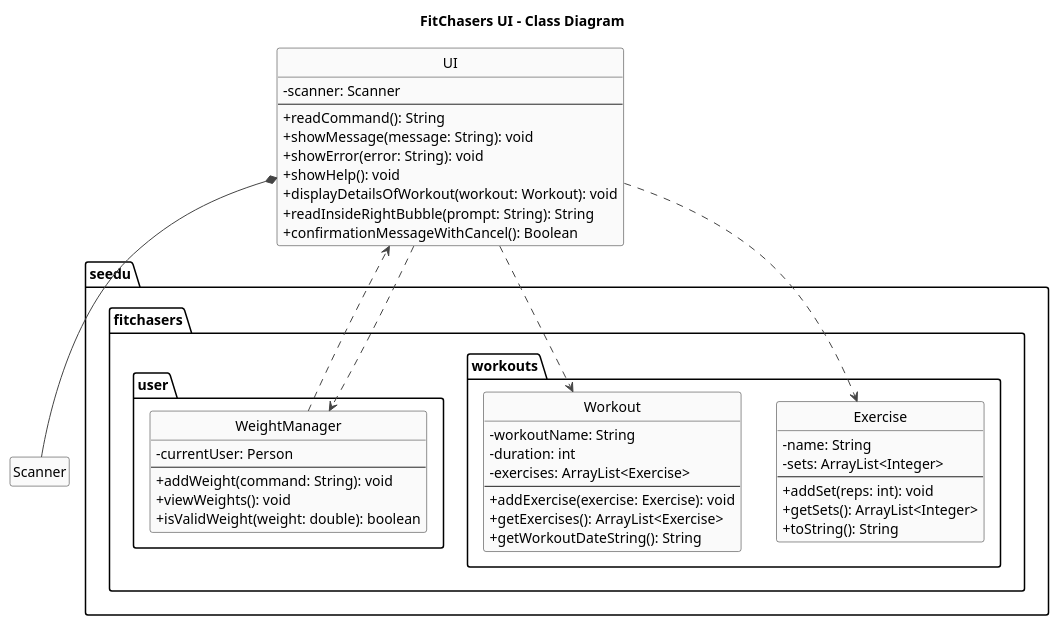
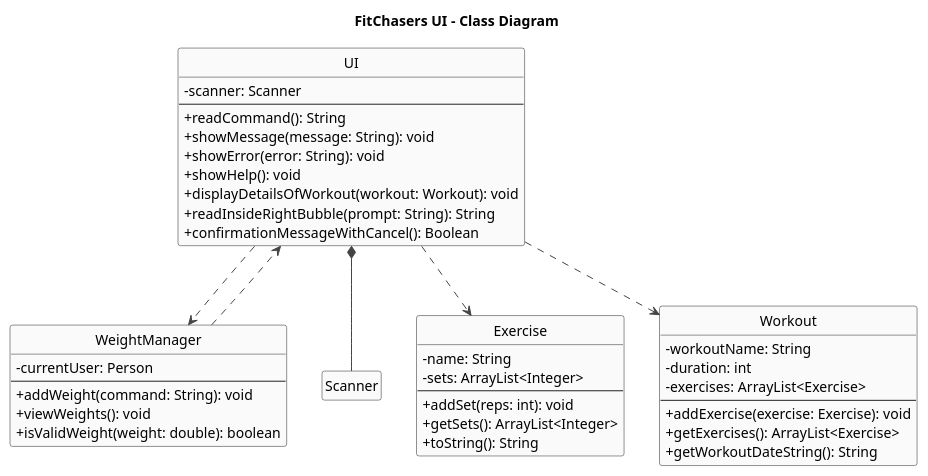
One commit to Exceptional-Khoi/tp changed the diagram in docs/diagrams/UI_class_diagram.puml. Above: the diagram before and after it, drawn with PlantUML. The commit also changed 15 other files, not shown here.

```diff
--- a/docs/diagrams/UI_class_diagram.puml
+++ b/docs/diagrams/UI_class_diagram.puml
@@ -1,70 +1,67 @@
 @startuml
 title FitChasers UI - Class Diagram
 
 skinparam shadowing false
 skinparam classAttributeIconSize 0
 skinparam ArrowColor #444
 skinparam ClassBorderColor #222
 skinparam ClassBackgroundColor #FAFAFA
 skinparam NoteBackgroundColor #fff
 skinparam NoteBorderColor #aaa
 skinparam stereotypeFontStyle bold
 hide empty fields
 hide empty methods
 hide circle
 
 ' ===== Types used by UI =====
 class Scanner
 
-package "seedu.fitchasers.workouts" {
-  class Exercise {
-    - name: String
-    - sets: ArrayList<Integer>
-    --
-    + addSet(reps: int): void
-    + getSets(): ArrayList<Integer>
-    + toString(): String
-  }
-
-  class Workout {
-    - workoutName: String
-    - duration: int
-    - exercises: ArrayList<Exercise>
-    --
-    + addExercise(exercise: Exercise): void
-    + getExercises(): ArrayList<Exercise>
-    + getWorkoutDateString(): String
-  }
+class Exercise {
+- name: String
+- sets: ArrayList<Integer>
+--
++ addSet(reps: int): void
++ getSets(): ArrayList<Integer>
++ toString(): String
 }
 
-package "seedu.fitchasers.user" {
-  class WeightManager {
-    - currentUser: Person
-    --
-    + addWeight(command: String): void
-    + viewWeights(): void
-    + isValidWeight(weight: double): boolean
-  }
+class Workout {
+- workoutName: String
+- duration: int
+- exercises: ArrayList<Exercise>
+--
++ addExercise(exercise: Exercise): void
++ getExercises(): ArrayList<Exercise>
++ getWorkoutDateString(): String
+}
+
+
+class WeightManager {
+- currentUser: Person
+--
++ addWeight(command: String): void
++ viewWeights(): void
++ isValidWeight(weight: double): boolean
 }
 
 ' ===== UI class (trimmed to essentials) =====
 class UI {
   - scanner: Scanner
   --
   + readCommand(): String
   + showMessage(message: String): void
   + showError(error: String): void
   + showHelp(): void
   + displayDetailsOfWorkout(workout: Workout): void
   + readInsideRightBubble(prompt: String): String
   + confirmationMessageWithCancel(): Boolean
 }
 
 ' ===== Relationships =====
 UI *-- Scanner
 UI ..> Workout
 UI ..> Exercise
 UI ..> WeightManager
 
 WeightManager ..> UI
 @enduml
```
